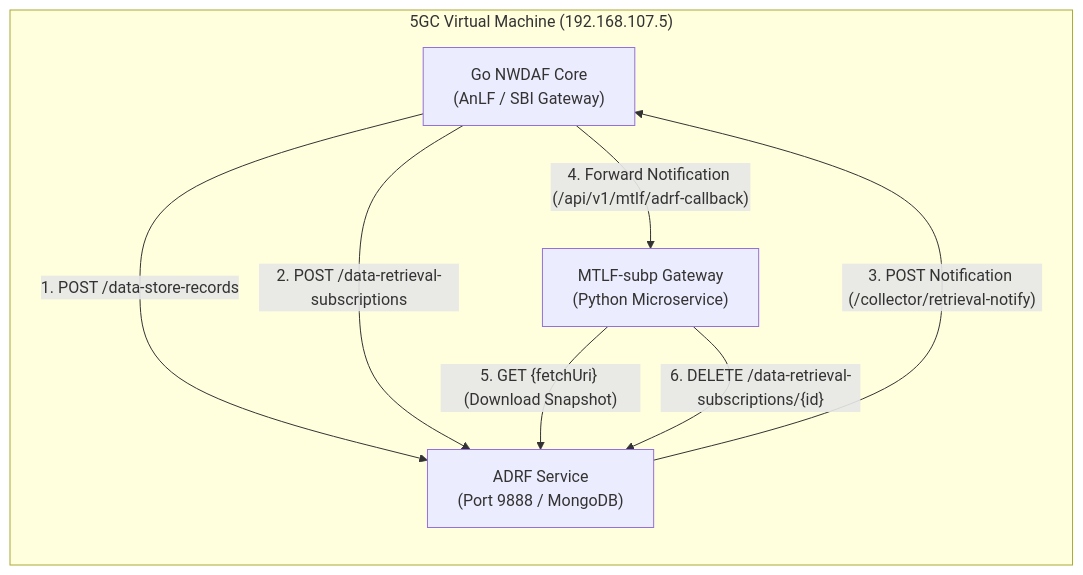
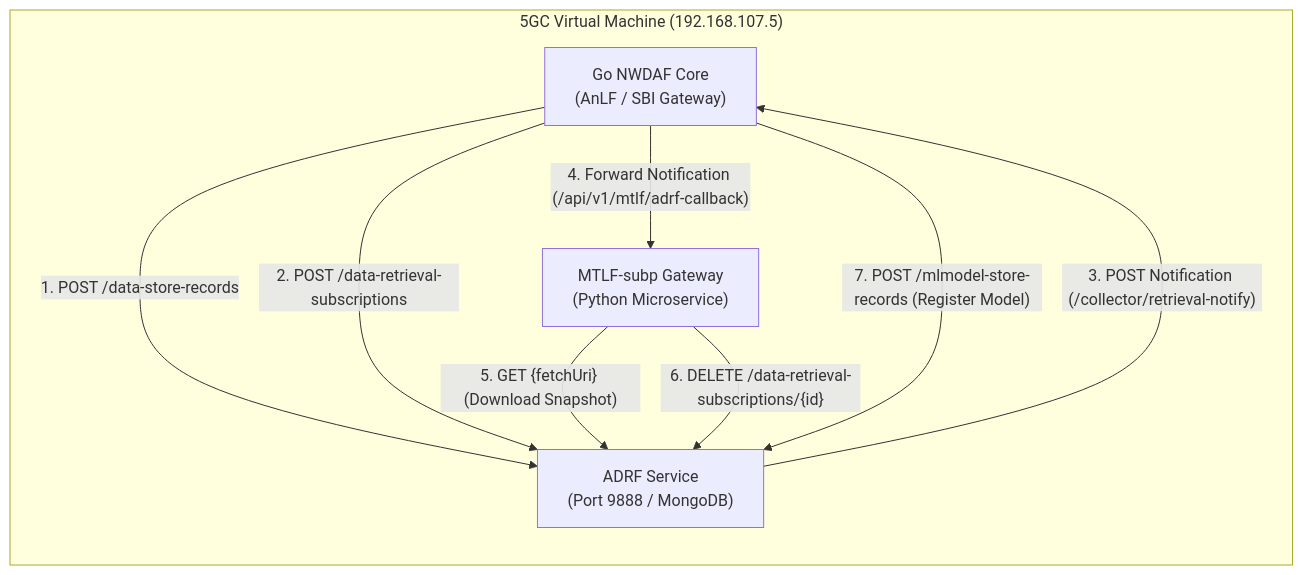
The first of 2 diagrams in README.md (Intelligent-Systems-Lab/adrf), drawn with Mermaid before and after one commit. The commit also changed other lines of this file, not shown here.

Commit message:
docs: add explicit Nadrf_MLModelManagement model registration phase in sequence diagram

````diff
--- a/README.md
+++ b/README.md
@@ -11,15 +11,16 @@
 ```mermaid
 graph LR
     subgraph VM ["5GC Virtual Machine (192.168.107.5)"]
         NWDAF["Go NWDAF Core<br/>(AnLF / SBI Gateway)"]
         ADRF["ADRF Service<br/>(Port 9888 / MongoDB)"]
         MTLF["MTLF-subp Gateway<br/>(Python Microservice)"]
     end
 
     NWDAF -- "1. POST /data-store-records" --> ADRF
     NWDAF -- "2. POST /data-retrieval-subscriptions" --> ADRF
     ADRF -- "3. POST Notification (/collector/retrieval-notify)" --> NWDAF
     NWDAF -- "4. Forward Notification (/api/v1/mtlf/adrf-callback)" --> MTLF
     MTLF -- "5. GET {fetchUri} (Download Snapshot)" --> ADRF
     MTLF -- "6. DELETE /data-retrieval-subscriptions/{id}" --> ADRF
+    NWDAF -- "7. POST /mlmodel-store-records (Register Model)" --> ADRF
 ```
````
